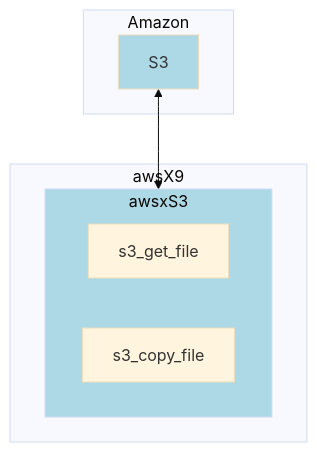
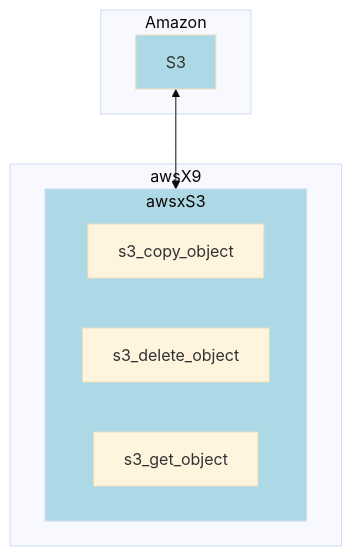
Before and after one commit to lankahsu520/awsX9: the second of 2 diagrams in README.md, drawn with Mermaid (base theme). The commit also changed other lines of this file and 3 other files, not shown here.

Commit message:
add function - int s3_delete_object(S3_InfoX_t *s3_ctx)

````diff
--- a/README.md
+++ b/README.md
@@ -59,23 +59,24 @@
 ```mermaid
 flowchart TD
 	subgraph Amazon
 		S3
 	end
 
 	subgraph awsX9
 		subgraph awsxS3
-			s3_get_file
-			s3_copy_file
+			s3_copy_object
+			s3_delete_object
+			s3_get_object
 		end
 	end
 
 	S3<-->awsxS3
 
 	classDef yellow fill:#FFFFCC
 	classDef pink fill:#FFCCCC
 	classDef blue fill:#0000FF
 	classDef lightblue fill:#ADD8E6
 
 	class S3 lightblue
 	class awsxS3 lightblue
 ```
````
